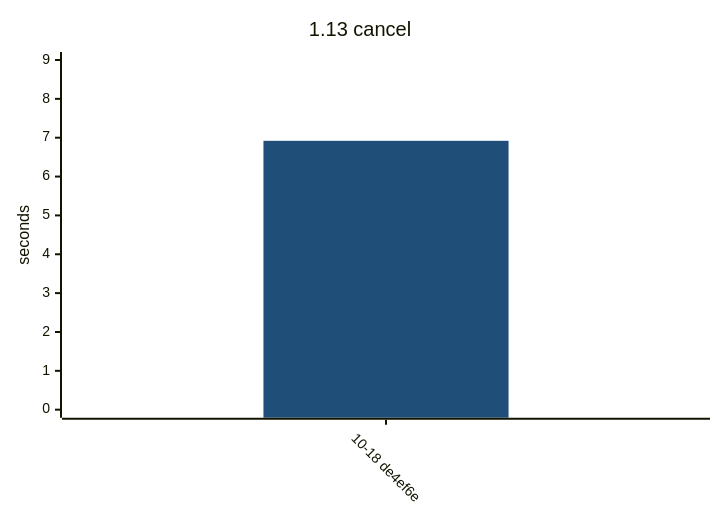
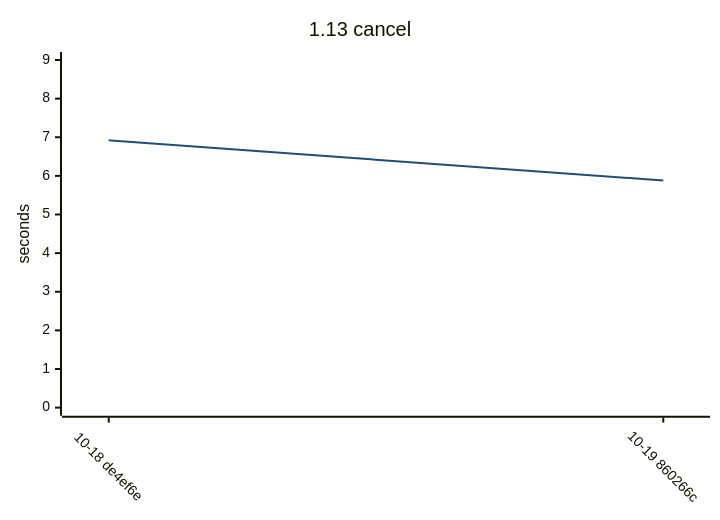
Before and after one commit to yamanori99/DistSSHQueue.jl: the fifth of 15 diagrams in README.md, drawn with Mermaid. The commit also changed other lines of this file and 1 other file, not shown here.

````diff
--- a/README.md
+++ b/README.md
@@ -161,17 +163,17 @@
 ```mermaid
 ---
 config:
   theme: base
   themeVariables:
     xyChart:
       plotColorPalette: "#1f4e79"
   xyChart:
     xAxis:
       labelRotation: 45
 ---
 xychart-beta
     title "1.13 cancel"
-    x-axis ["10-18 de4ef6e"]
+    x-axis ["10-18 de4ef6e", "10-19 860266c"]
     y-axis "seconds" 0 --> 9
-    bar [6.92]
+    line [6.92, 5.88]
 ```
````
